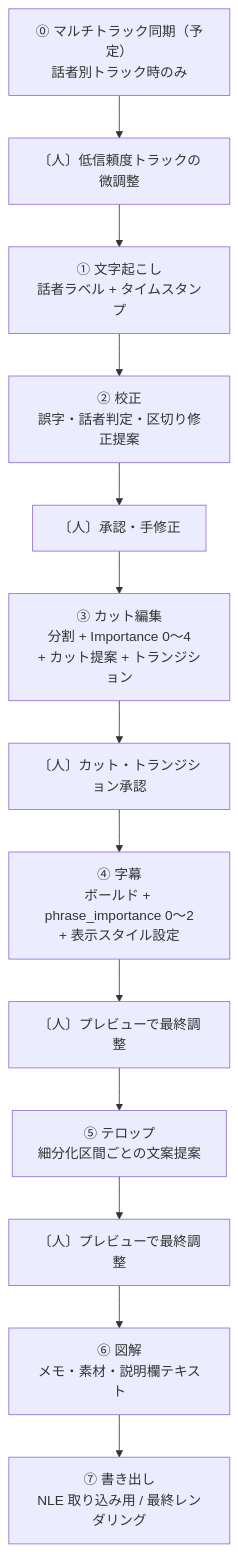
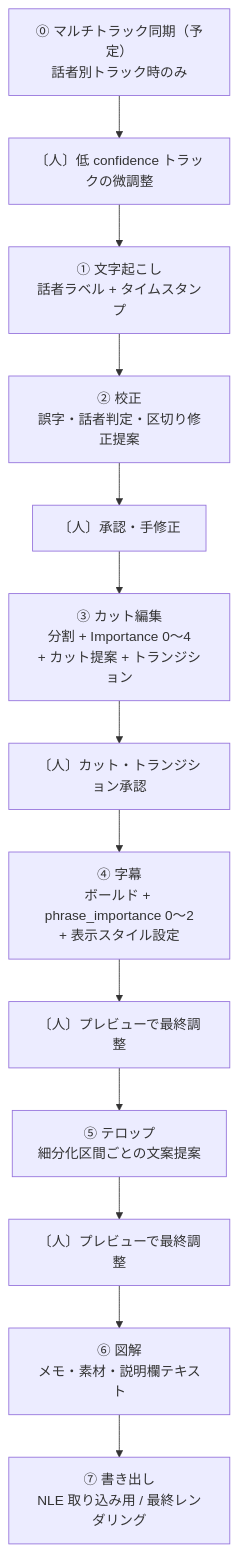
One commit to TK-design336/yuru-style-video-editor changed the diagram in README.md. Above: the diagram before and after it, drawn with Mermaid. The commit also changed other lines of this file, not shown here.

````diff
--- a/README.md
+++ b/README.md
@@ -23,19 +73,19 @@
 ```mermaid
 flowchart TD
   S0["⓪ マルチトラック同期（予定）\n話者別トラック時のみ"]
-  S0h["〔人〕低信頼度トラックの微調整"]
+  S0h["〔人〕低 confidence トラックの微調整"]
   S1["① 文字起こし\n話者ラベル + タイムスタンプ"]
   S2["② 校正\n誤字・話者判定・区切り修正提案"]
   S2h["〔人〕承認・手修正"]
   S3["③ カット編集\n分割 + Importance 0〜4\n+ カット提案 + トランジション"]
   S3h["〔人〕カット・トランジション承認"]
   S4["④ 字幕\nボールド + phrase_importance 0〜2\n+ 表示スタイル設定"]
   S4p["〔人〕プレビューで最終調整"]
   S5["⑤ テロップ\n細分化区間ごとの文案提案"]
   S5p["〔人〕プレビューで最終調整"]
   S6["⑥ 図解\nメモ・素材・説明欄テキスト"]
   S7["⑦ 書き出し\nNLE 取り込み用 / 最終レンダリング"]
 
   S0 --> S0h --> S1
   S1 --> S2 --> S2h --> S3 --> S3h --> S4 --> S4p --> S5 --> S5p --> S6 --> S7
 ```
````
